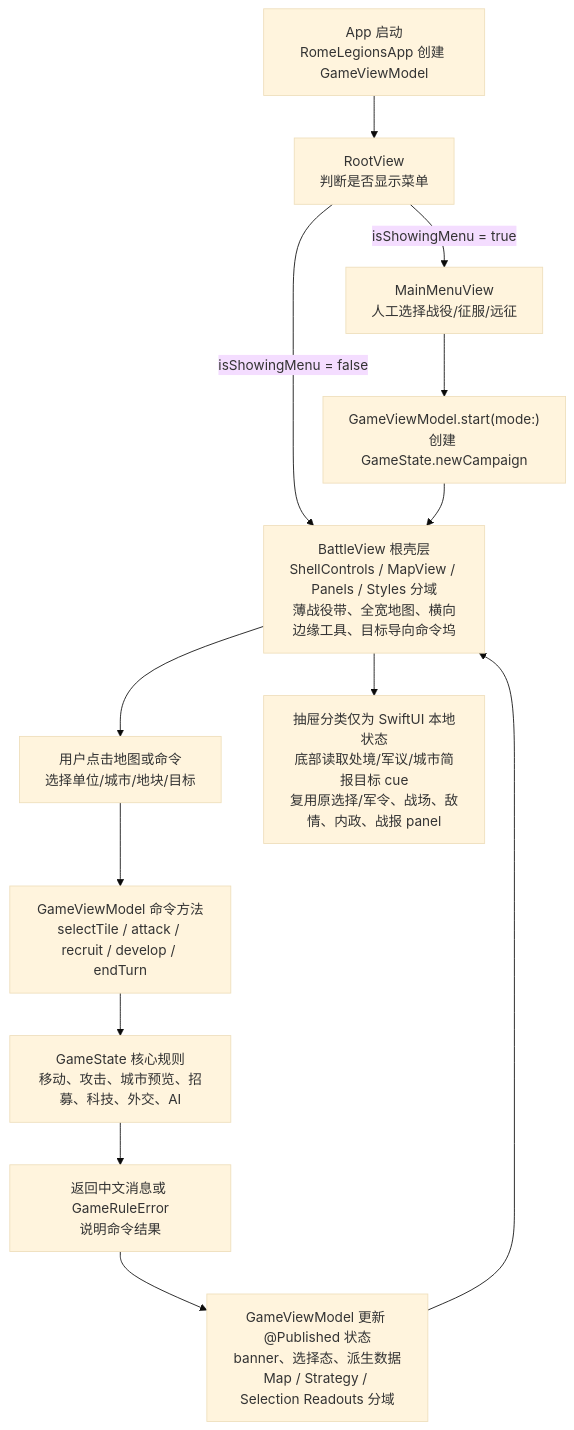
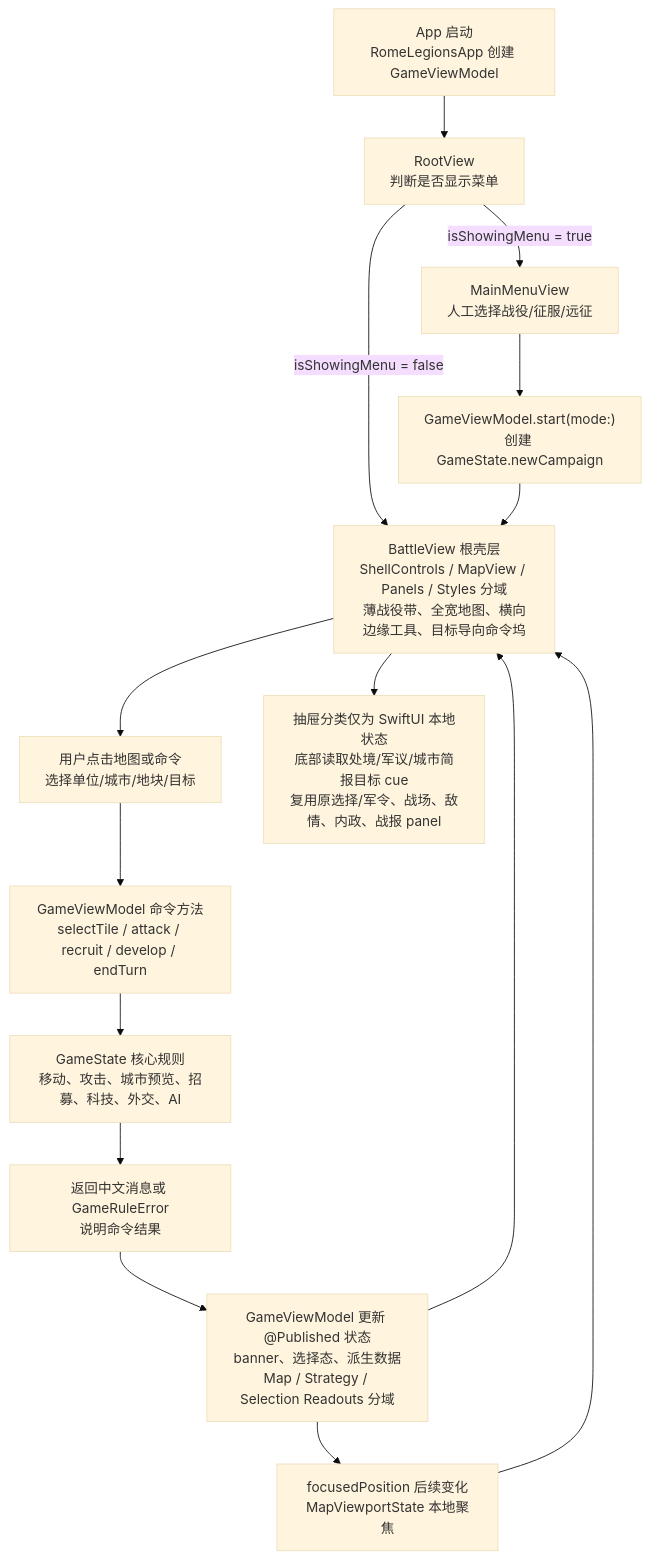
One commit to Altman-sam114/119 changed the first of 7 diagrams in md/flow/flowchart.md. Above: the diagram before and after it, drawn with Mermaid (base theme). The commit also changed 12 other files, not shown here.

````diff
--- a/md/flow/flowchart.md
+++ b/md/flow/flowchart.md
@@ -9,15 +9,17 @@
 ```mermaid
 flowchart TD
     A["App 启动<br/>RomeLegionsApp 创建 GameViewModel"] --> B["RootView<br/>判断是否显示菜单"]
     B -->|isShowingMenu = true| C["MainMenuView<br/>人工选择战役/征服/远征"]
     C --> D["GameViewModel.start(mode:)<br/>创建 GameState.newCampaign"]
     B -->|isShowingMenu = false| E["BattleView 根壳层<br/>ShellControls / MapView / Panels / Styles 分域<br/>薄战役带、全宽地图、横向边缘工具、目标导向命令坞"]
     D --> E
     E --> F["用户点击地图或命令<br/>选择单位/城市/地块/目标"]
     F --> G["GameViewModel 命令方法<br/>selectTile / attack / recruit / develop / endTurn"]
     G --> H["GameState 核心规则<br/>移动、攻击、城市预览、招募、科技、外交、AI"]
     H --> I["返回中文消息或 GameRuleError<br/>说明命令结果"]
     I --> J["GameViewModel 更新 @Published 状态<br/>banner、选择态、派生数据<br/>Map / Strategy / Selection Readouts 分域"]
     J --> E
+    J --> L["focusedPosition 后续变化<br/>MapViewportState 本地聚焦"]
+    L --> E
     E --> K["抽屉分类仅为 SwiftUI 本地状态<br/>底部读取处境/军议/城市简报目标 cue<br/>复用原选择/军令、战场、敌情、内政、战报 panel"]
 ```
````
